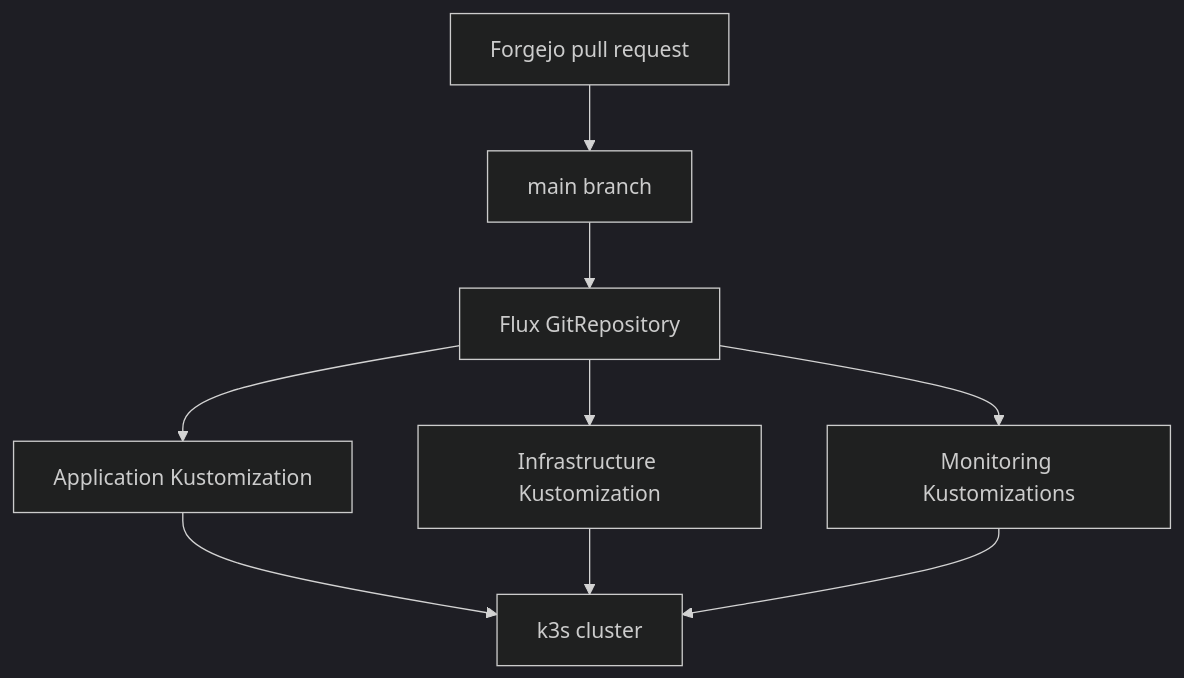
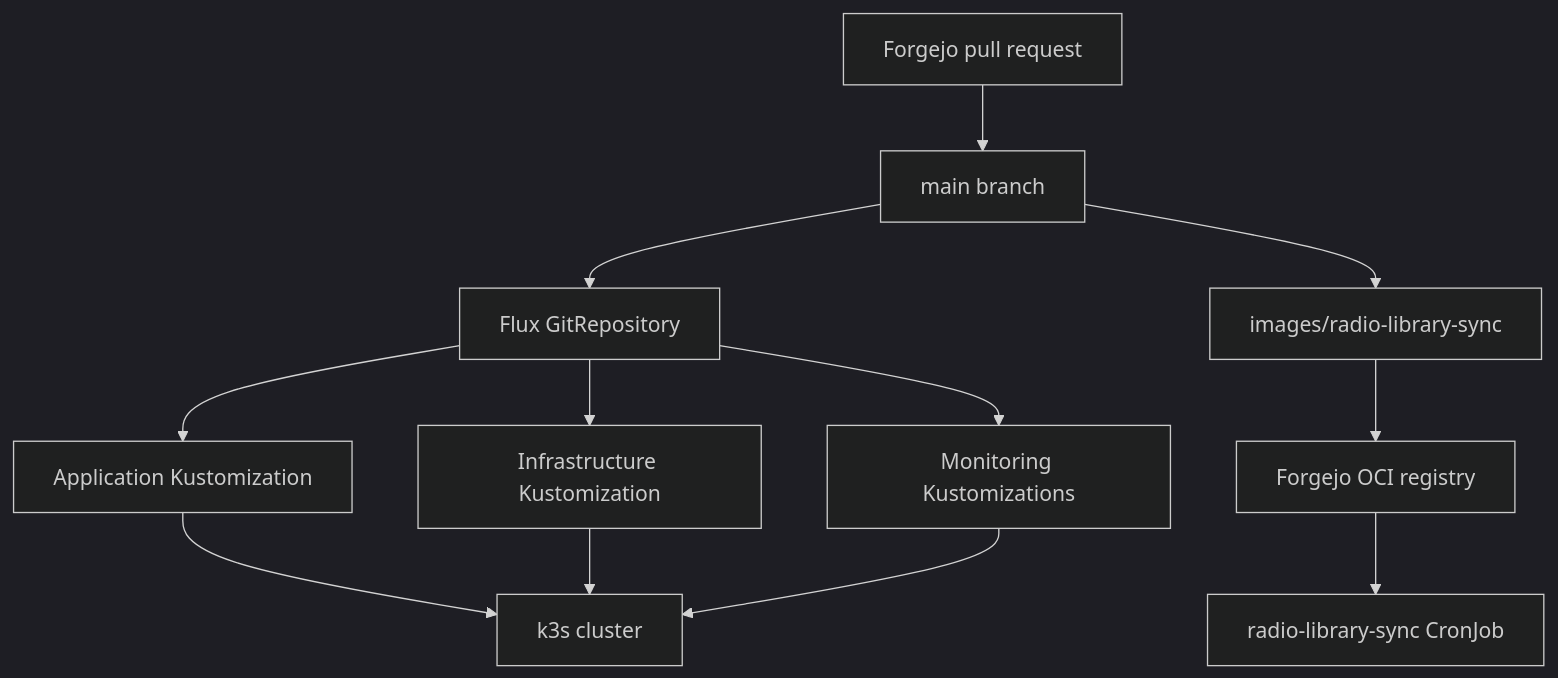
Before and after one commit to calico88x/lovelace-cluster: the first of 4 diagrams in docs/architecture.md, drawn with Mermaid (dark theme). The commit also changed other lines of this file and 3 other files, not shown here.

Commit message:
docs: document radio architecture and operations

````diff
--- a/docs/architecture.md
+++ b/docs/architecture.md
@@ -29,11 +18,16 @@
 ```mermaid
 flowchart TD
     pr["Forgejo pull request"] --> main["main branch"]
     main --> source["Flux GitRepository"]
     source --> apps["Application Kustomization"]
     source --> infra["Infrastructure Kustomization"]
     source --> monitoring["Monitoring Kustomizations"]
+
     apps --> cluster["k3s cluster"]
     infra --> cluster
     monitoring --> cluster
+
+    main --> registrySource["images/radio-library-sync"]
+    registrySource --> registry["Forgejo OCI registry"]
+    registry --> radioCron["radio-library-sync CronJob"]
 ```
````
